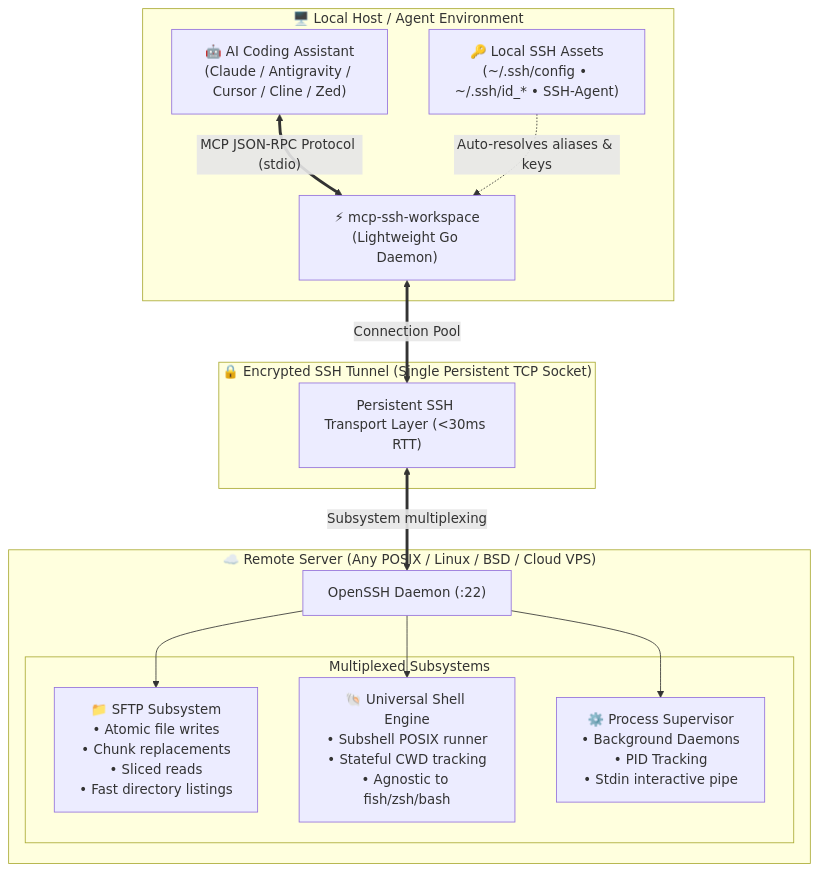
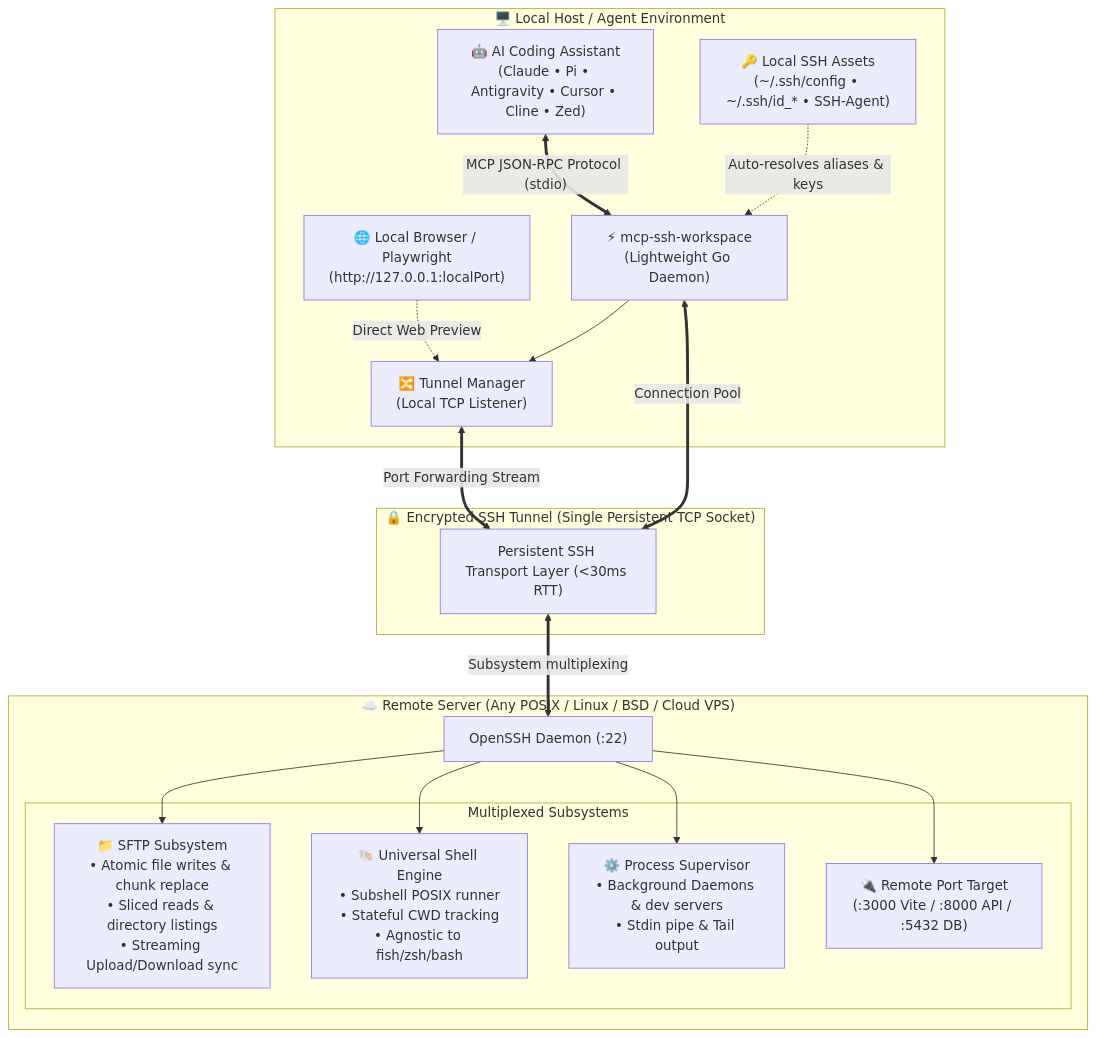
One commit to surtr85/mcp-ssh-workspace changed the diagram in README.md. Above: the diagram before and after it, drawn with Mermaid. The commit also changed other lines of this file, not shown here.

Commit message:
docs(readme): add 14 primitives reference, streaming sync, port forwarding and pi agent setup

````diff
--- a/README.md
+++ b/README.md
@@ -120,31 +126,38 @@
 ```mermaid
 flowchart TD
     subgraph ClientLayer["🖥️ Local Host / Agent Environment"]
-        Agent["🤖 AI Coding Assistant<br/>(Claude / Antigravity / Cursor / Cline / Zed)"]
+        Agent["🤖 AI Coding Assistant<br/>(Claude • Pi • Antigravity • Cursor • Cline • Zed)"]
+        Browser["🌐 Local Browser / Playwright<br/>(http://127.0.0.1:localPort)"]
         Config["🔑 Local SSH Assets<br/>(~/.ssh/config • ~/.ssh/id_* • SSH-Agent)"]
         Server["⚡ mcp-ssh-workspace<br/>(Lightweight Go Daemon)"]
+        TunnelMgr["🔀 Tunnel Manager<br/>(Local TCP Listener)"]
 
         Agent <== "MCP JSON-RPC Protocol (stdio)" ==> Server
         Config -. "Auto-resolves aliases & keys" .-> Server
+        Browser -. "Direct Web Preview" .-> TunnelMgr
+        Server --> TunnelMgr
     end
 
     subgraph Multiplex["🔒 Encrypted SSH Tunnel (Single Persistent TCP Socket)"]
         Tunnel["Persistent SSH Transport Layer (<30ms RTT)"]
     end
 
     subgraph RemoteLayer["☁️ Remote Server (Any POSIX / Linux / BSD / Cloud VPS)"]
         SSHD["OpenSSH Daemon (:22)"]
         
         subgraph Channels["Multiplexed Subsystems"]
-            SFTP["📁 SFTP Subsystem<br/>• Atomic file writes<br/>• Chunk replacements<br/>• Sliced reads<br/>• Fast directory listings"]
+            SFTP["📁 SFTP Subsystem<br/>• Atomic file writes & chunk replace<br/>• Sliced reads & directory listings<br/>• Streaming Upload/Download sync"]
             Exec["🐚 Universal Shell Engine<br/>• Subshell POSIX runner<br/>• Stateful CWD tracking<br/>• Agnostic to fish/zsh/bash"]
-            Supervisor["⚙️ Process Supervisor<br/>• Background Daemons<br/>• PID Tracking<br/>• Stdin interactive pipe"]
+            Supervisor["⚙️ Process Supervisor<br/>• Background Daemons & dev servers<br/>• Stdin pipe & Tail output"]
+            PortForward["🔌 Remote Port Target<br/>(:3000 Vite / :8000 API / :5432 DB)"]
         end
     end
 
     Server <== "Connection Pool" ==> Tunnel
+    TunnelMgr <== "Port Forwarding Stream" ==> Tunnel
     Tunnel <== "Subsystem multiplexing" ==> SSHD
     SSHD --> SFTP
     SSHD --> Exec
     SSHD --> Supervisor
+    SSHD --> PortForward
 ```
````
